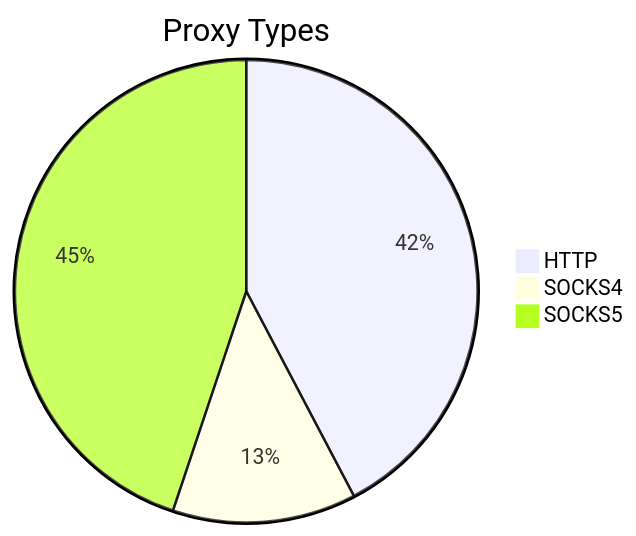
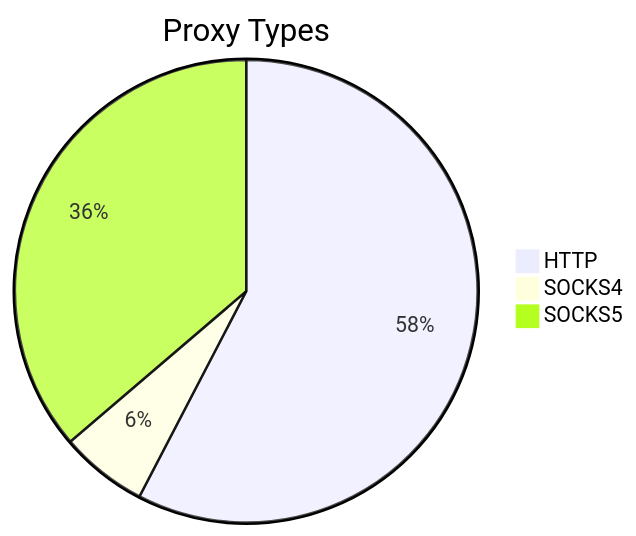
Before and after one commit to stormsia/proxy-list: the first of 2 diagrams in README.md, drawn with Mermaid. The commit also changed other lines of this file, not shown here.

````diff
--- a/README.md
+++ b/README.md
@@ -21,6 +21,6 @@
 ```mermaid
 pie title Proxy Types
-    "HTTP" : 247
-    "SOCKS4" : 75
-    "SOCKS5" : 262
+    "HTTP" : 151
+    "SOCKS4" : 16
+    "SOCKS5" : 95
 ```
````
